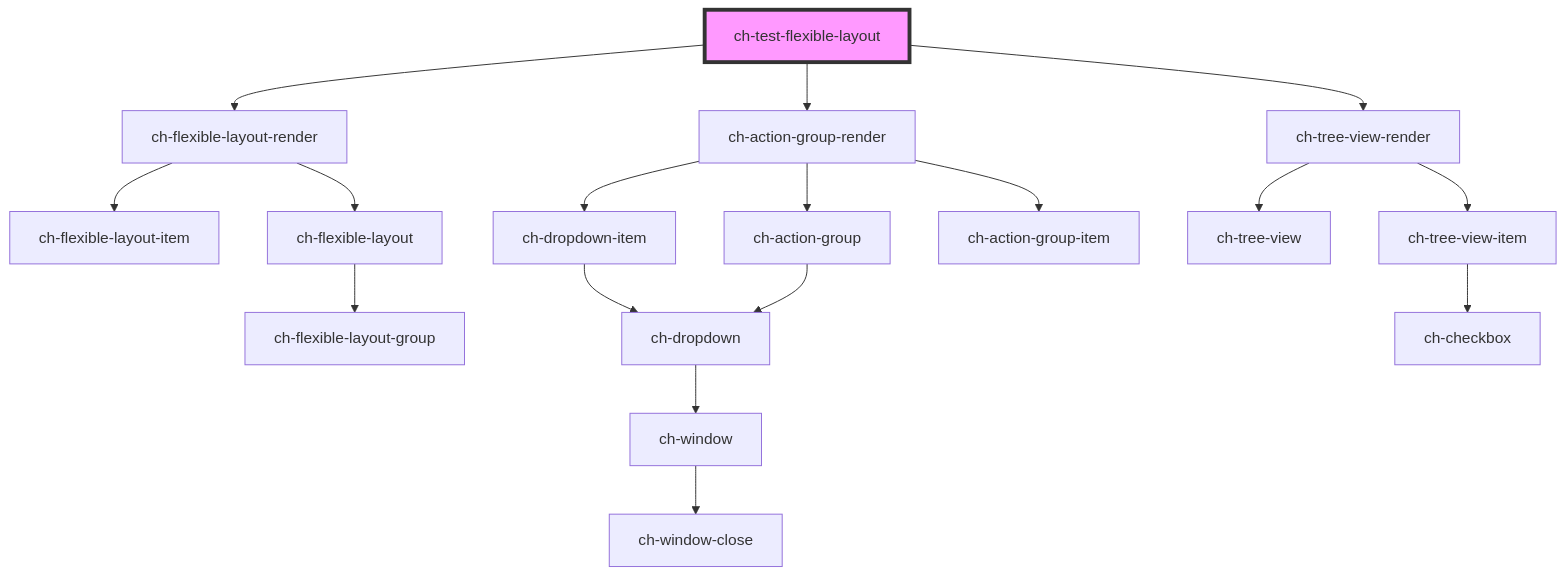
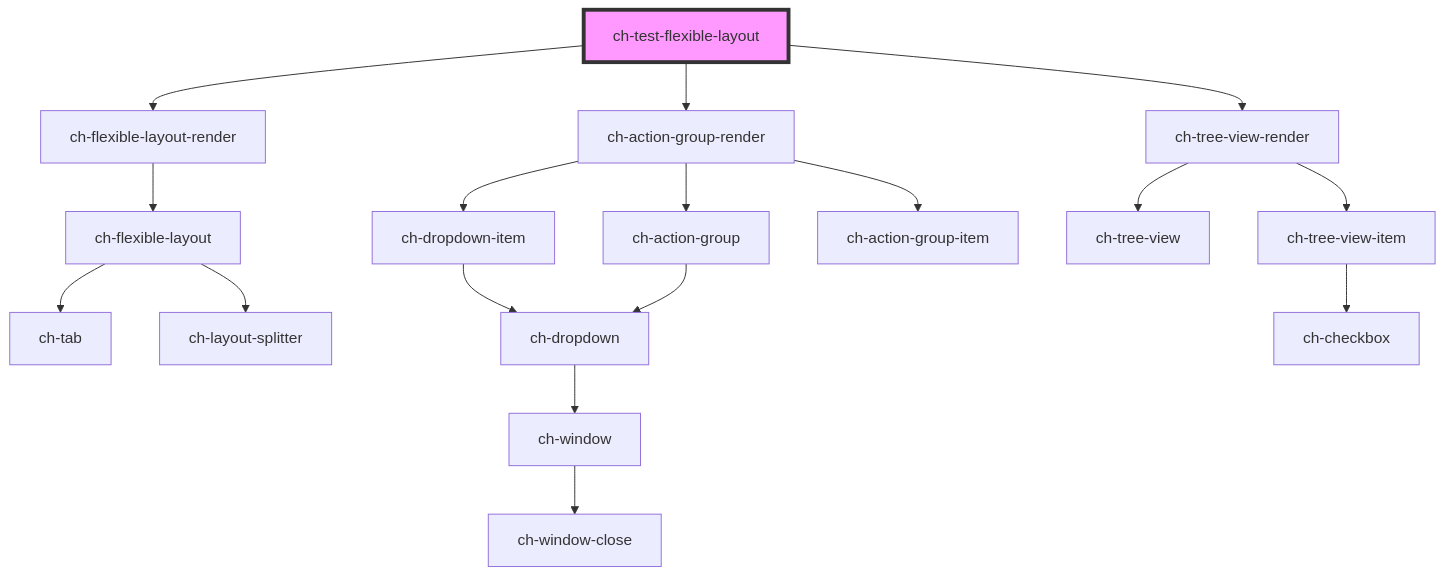
One commit to genexuslabs/chameleon-controls-library changed the diagram in src/components/test/test-flexible-layout/readme.md. Above: the diagram before and after it, drawn with Mermaid. The commit also changed other lines of this file and 3 other files, not shown here.

````diff
--- a/src/components/test/test-flexible-layout/readme.md
+++ b/src/components/test/test-flexible-layout/readme.md
@@ -24,20 +24,20 @@
 ```mermaid
 graph TD;
   ch-test-flexible-layout --> ch-flexible-layout-render
   ch-test-flexible-layout --> ch-action-group-render
   ch-test-flexible-layout --> ch-tree-view-render
-  ch-flexible-layout-render --> ch-flexible-layout-item
   ch-flexible-layout-render --> ch-flexible-layout
-  ch-flexible-layout --> ch-flexible-layout-group
+  ch-flexible-layout --> ch-tab
+  ch-flexible-layout --> ch-layout-splitter
   ch-action-group-render --> ch-dropdown-item
   ch-action-group-render --> ch-action-group
   ch-action-group-render --> ch-action-group-item
   ch-dropdown-item --> ch-dropdown
   ch-dropdown --> ch-window
   ch-window --> ch-window-close
   ch-action-group --> ch-dropdown
   ch-tree-view-render --> ch-tree-view
   ch-tree-view-render --> ch-tree-view-item
   ch-tree-view-item --> ch-checkbox
   style ch-test-flexible-layout fill:#f9f,stroke:#333,stroke-width:4px
 ```
````
